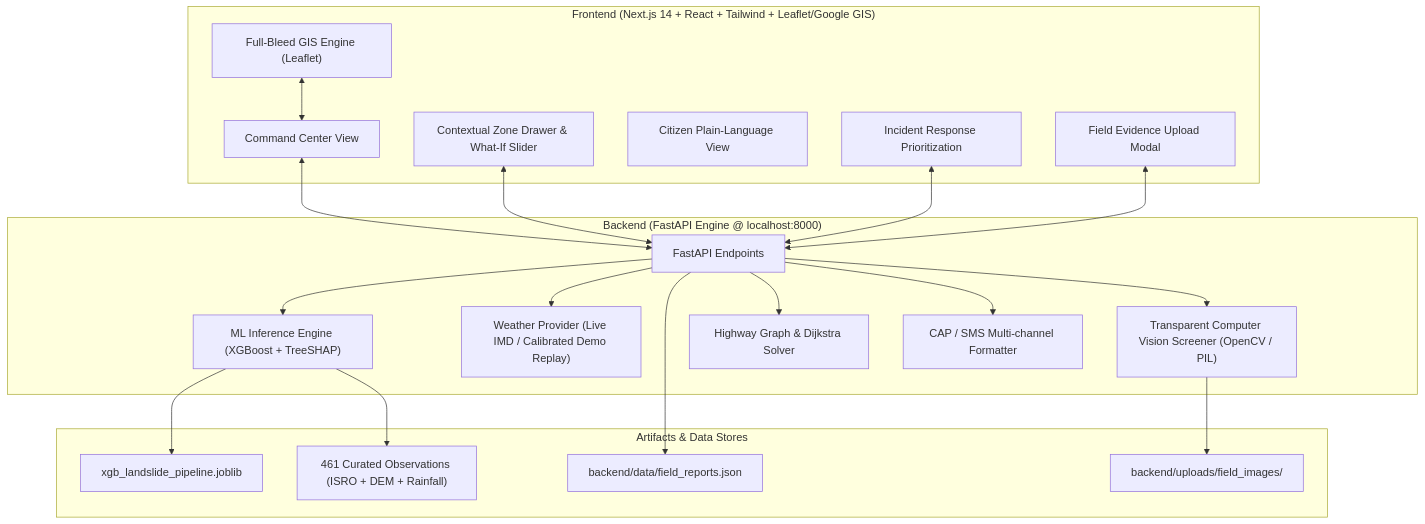
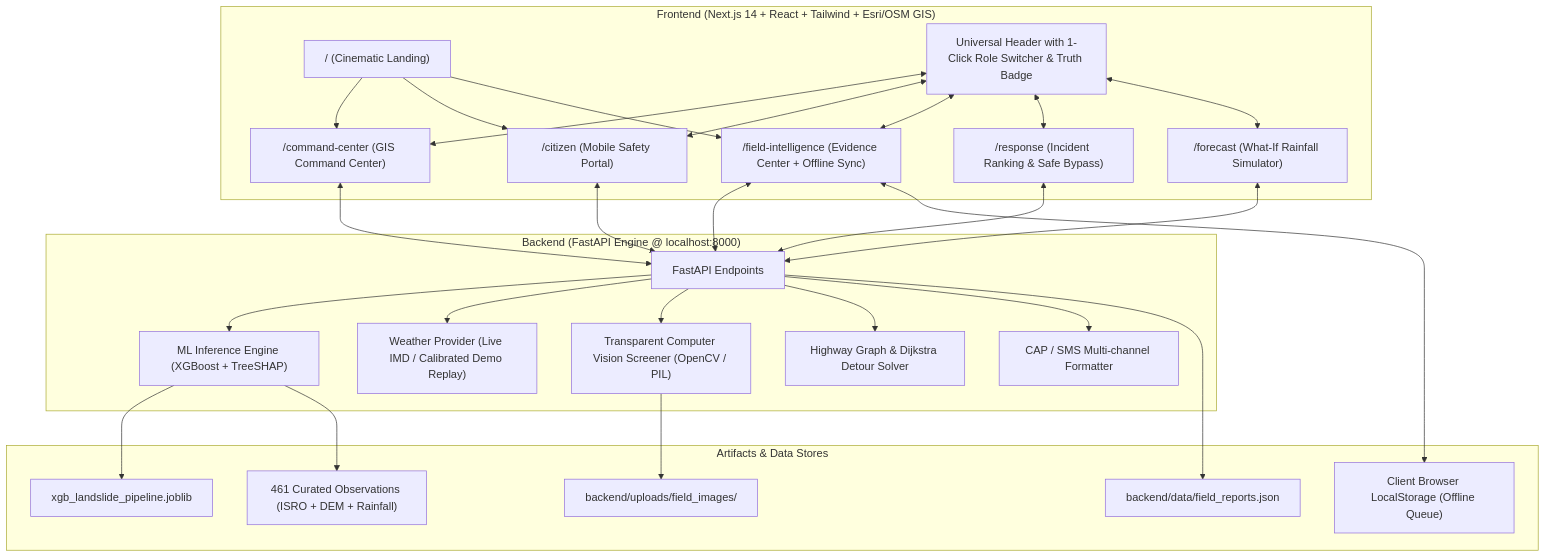
One commit to Devdeepakjha/pravaah changed the diagram in README.md. Above: the diagram before and after it, drawn with Mermaid. The commit also changed other lines of this file and 14 other files, not shown here.

Commit message:
feat(productization): deliver SIH 2026 multi-role platform, landing page, zero-key GIS basemaps, and offline sync

````diff
--- a/README.md
+++ b/README.md
@@ -42,44 +63,56 @@
 ```mermaid
 flowchart TB
-    subgraph Frontend ["Frontend (Next.js 14 + React + Tailwind + Leaflet/Google GIS)"]
-        CCV["Command Center View"]
-        GIS["Full-Bleed GIS Engine (Leaflet)"]
-        ZD["Contextual Zone Drawer & What-If Slider"]
-        CV["Citizen Plain-Language View"]
-        RP["Incident Response Prioritization"]
-        FR["Field Evidence Upload Modal"]
+    subgraph Frontend ["Frontend (Next.js 14 + React + Tailwind + Esri/OSM GIS)"]
+        Landing["/ (Cinematic Landing)"]
+        CCV["/command-center (GIS Command Center)"]
+        CitizenView["/citizen (Mobile Safety Portal)"]
+        FieldView["/field-intelligence (Evidence Center + Offline Sync)"]
+        ResponseView["/response (Incident Ranking & Safe Bypass)"]
+        ForecastView["/forecast (What-If Rainfall Simulator)"]
+        Header["Universal Header with 1-Click Role Switcher & Truth Badge"]
     end
 
     subgraph Backend ["Backend (FastAPI Engine @ localhost:8000)"]
         APIRouter["FastAPI Endpoints"]
         MLInference["ML Inference Engine (XGBoost + TreeSHAP)"]
         WeatherService["Weather Provider (Live IMD / Calibrated Demo Replay)"]
         FieldVision["Transparent Computer Vision Screener (OpenCV / PIL)"]
-        RoutingEngine["Highway Graph & Dijkstra Solver"]
+        RoutingEngine["Highway Graph & Dijkstra Detour Solver"]
         AlertEngine["CAP / SMS Multi-channel Formatter"]
     end
 
     subgraph Storage ["Artifacts & Data Stores"]
         ModelWeights["xgb_landslide_pipeline.joblib"]
         ObservationalData["461 Curated Observations (ISRO + DEM + Rainfall)"]
         FieldReportsJSON["backend/data/field_reports.json"]
         UploadsDir["backend/uploads/field_images/"]
+        LocalStorage["Client Browser LocalStorage (Offline Queue)"]
     end
 
-    GIS <--> CCV
+    Landing --> CCV
+    Landing --> CitizenView
+    Landing --> FieldView
+    Header <--> CCV
+    Header <--> CitizenView
+    Header <--> FieldView
+    Header <--> ResponseView
+    Header <--> ForecastView
+
     CCV <--> APIRouter
-    ZD <--> APIRouter
-    RP <--> APIRouter
-    FR <--> APIRouter
+    CitizenView <--> APIRouter
+    FieldView <--> APIRouter
+    FieldView <--> LocalStorage
+    ResponseView <--> APIRouter
+    ForecastView <--> APIRouter
 
     APIRouter --> MLInference
     APIRouter --> WeatherService
     APIRouter --> FieldVision
     APIRouter --> RoutingEngine
     APIRouter --> AlertEngine
 
     MLInference --> ModelWeights
     MLInference --> ObservationalData
     FieldVision --> UploadsDir
     APIRouter --> FieldReportsJSON
 ```
````
